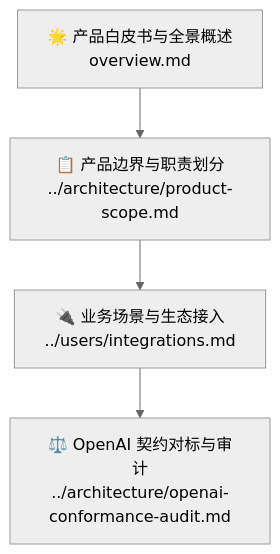
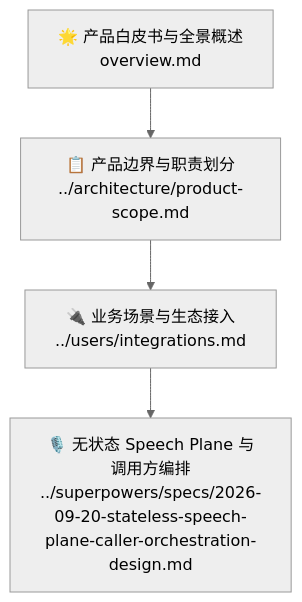
One commit to hrygo/SpeechRail changed the diagram in docs/product/README.md. Above: the diagram before and after it, drawn with Mermaid (neutral theme). The commit also changed other lines of this file and 81 other files, not shown here.

Commit message:
feat: release stateless speech plane contract

````diff
--- a/docs/product/README.md
+++ b/docs/product/README.md
@@ -17,6 +17,6 @@
 ```mermaid
 graph TD
     A[🌟 产品白皮书与全景概述<br/>overview.md] --> B[📋 产品边界与职责划分<br/>../architecture/product-scope.md]
     B --> C[🔌 业务场景与生态接入<br/>../users/integrations.md]
-    C --> D[⚖️ OpenAI 契约对标与审计<br/>../architecture/openai-conformance-audit.md]
+    C --> D[🎙️ 无状态 Speech Plane 与调用方编排<br/>../superpowers/specs/2026-09-20-stateless-speech-plane-caller-orchestration-design.md]
 ```
````
